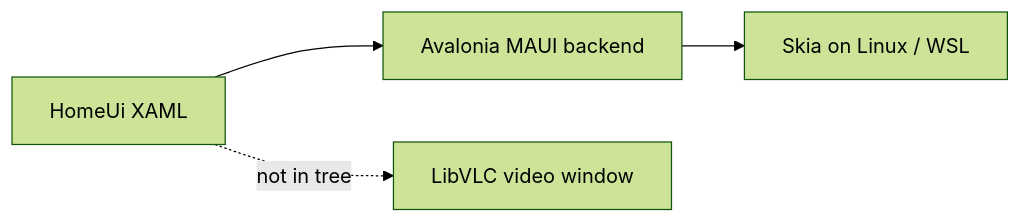
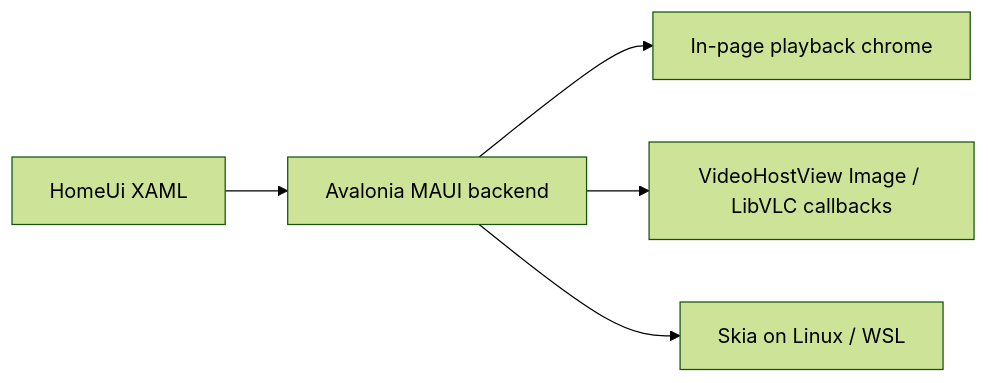
Before and after one commit to Vardy-Party/Client: the diagram in docs/LINUX_SUPPORT.md, drawn with Mermaid (forest theme). The commit also changed other lines of this file and 198 other files, not shown here.

````diff
--- a/docs/LINUX_SUPPORT.md
+++ b/docs/LINUX_SUPPORT.md
@@ -8,6 +13,7 @@
 ```mermaid
 flowchart LR
   XAML["HomeUi XAML"] --> Avalonia["Avalonia MAUI backend"]
-  XAML -.->|"not in tree"| VLC["LibVLC video window"]
+  Avalonia --> Chrome["In-page playback chrome"]
+  Avalonia --> Host["VideoHostView Image / LibVLC callbacks"]
   Avalonia --> Skia["Skia on Linux / WSL"]
 ```
````
